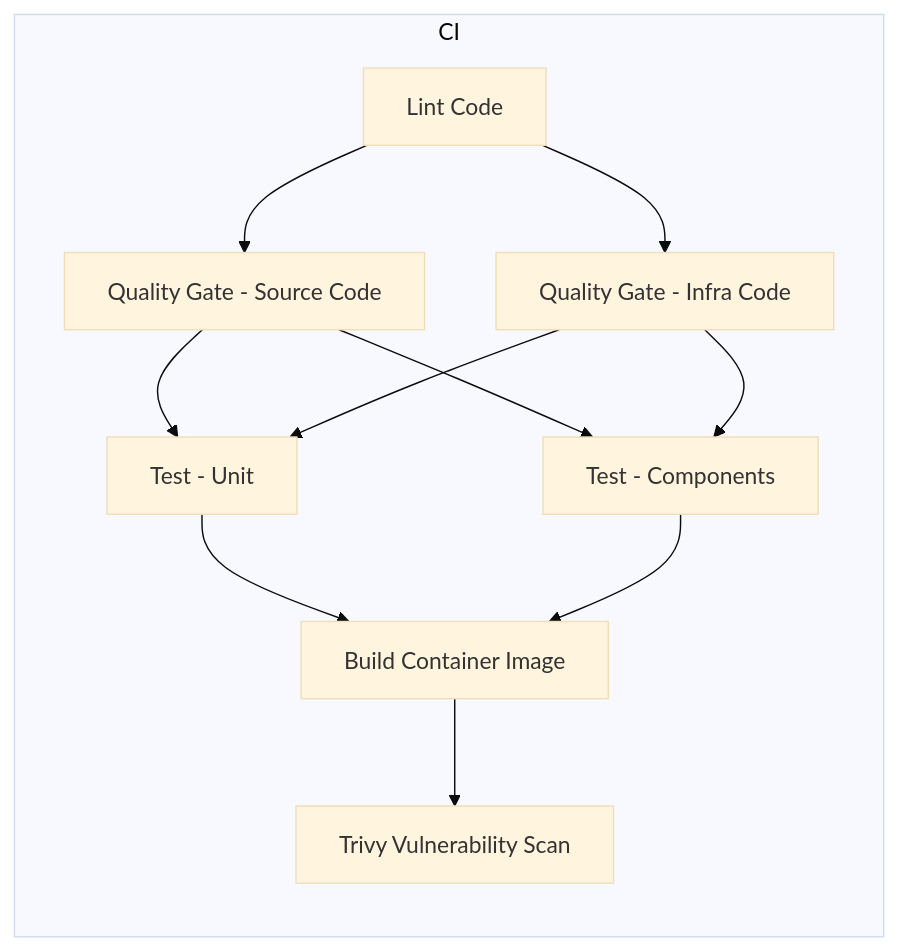
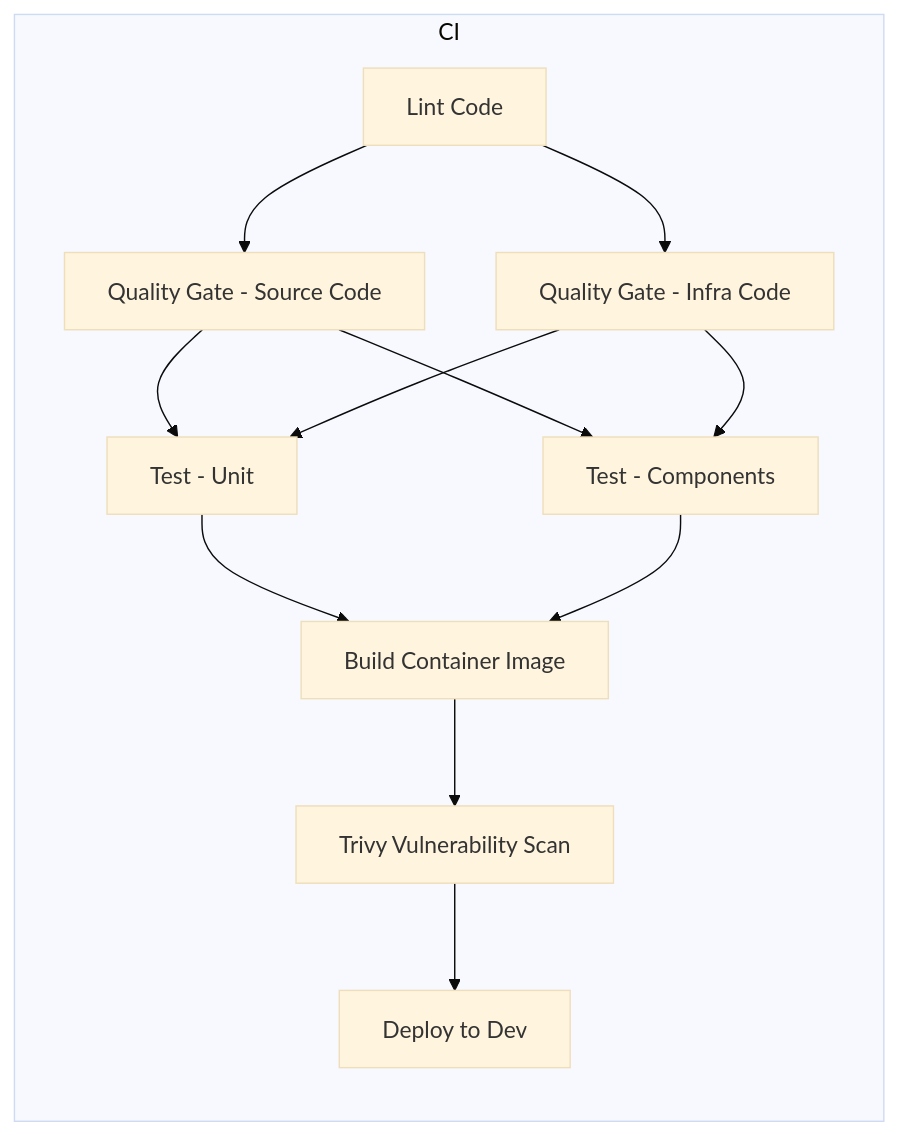
The diagram in README.md (rdemoraes/pucrs-tcc-digital-step-flow-frontend), drawn with Mermaid (base theme) before and after one commit. The commit also changed other lines of this file and 2 other files, not shown here.

````diff
--- a/README.md
+++ b/README.md
@@ -98,14 +98,15 @@
 ```mermaid
 flowchart LR
   subgraph CI
     A[Lint Code] --> B[Quality Gate - Source Code]
     A --> C[Quality Gate - Infra Code]
     B --> D[Test - Unit]
     C --> D
     B --> E[Test - Components]
     C --> E
     D --> F[Build Container Image]
     E --> F
     F --> G[Trivy Vulnerability Scan]
+    G --> H[Deploy to Dev]
   end
 ```
````
